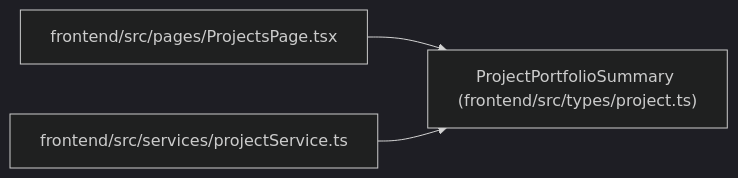
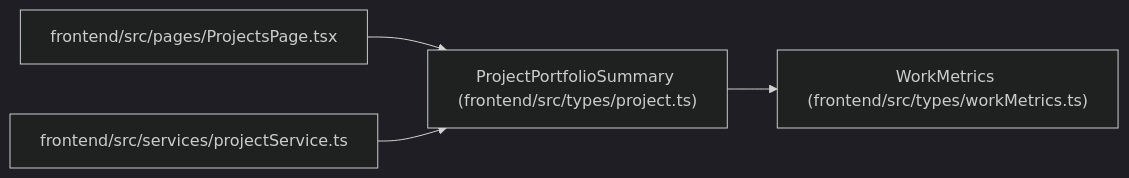
One commit to Denissvgn/WorkChord changed the diagram in docs/llm_wiki/entities/types_project_ProjectPortfolioSummary.md. Above: the diagram before and after it, drawn with Mermaid (dark theme). The commit also changed other lines of this file and 958 other files, not shown here.

First line of the commit message:
docs(wiki): refresh identity and recovery architecture

````diff
--- a/docs/llm_wiki/entities/types_project_ProjectPortfolioSummary.md
+++ b/docs/llm_wiki/entities/types_project_ProjectPortfolioSummary.md
@@ -32,11 +32,14 @@
 ```mermaid
 flowchart LR
     n0["ProjectPortfolioSummary (frontend/src/types/project.ts)"]
-    n1["frontend/src/pages/ProjectsPage.tsx"]
-    n2["frontend/src/services/projectService.ts"]
-    n1 --> n0
+    n1["WorkMetrics (frontend/src/types/workMetrics.ts)"]
+    n2["frontend/src/pages/ProjectsPage.tsx"]
+    n3["frontend/src/services/projectService.ts"]
+    n0 --> n1
     n2 --> n0
+    n3 --> n0
     click n0 "../modules/types_project.md"
-    click n1 "../modules/ProjectsPage.md"
-    click n2 "../modules/projectService.md"
+    click n1 "../modules/workMetrics.md"
+    click n2 "../modules/ProjectsPage.md"
+    click n3 "../modules/projectService.md"
 ```
````
